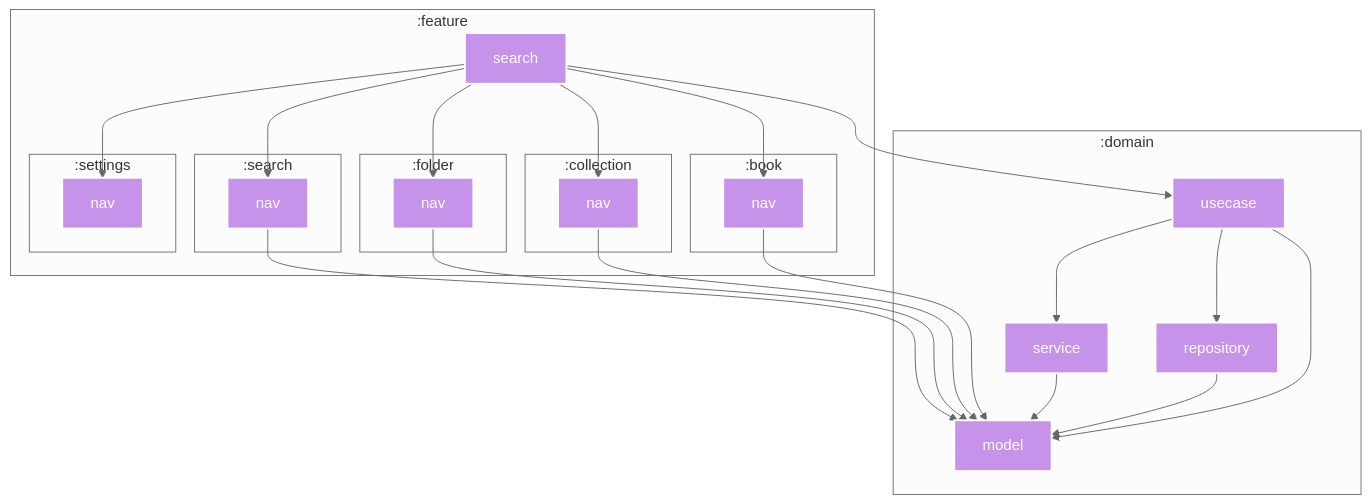
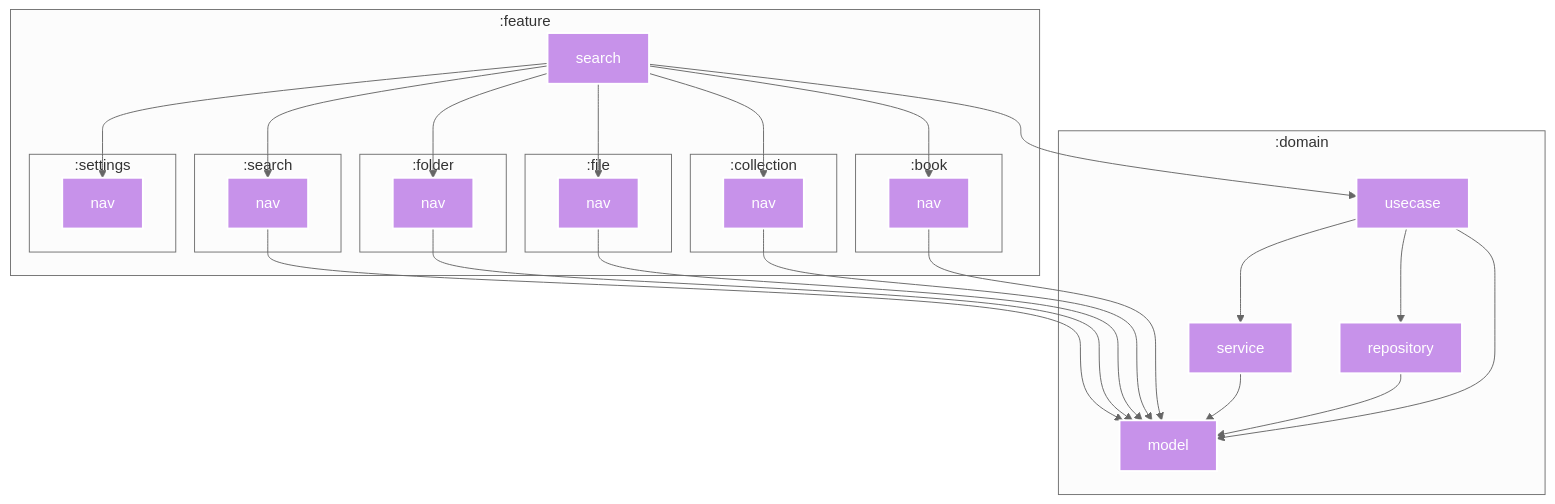
The diagram in feature/search/README.md (SorrowBlue/ComicViewer), drawn with Mermaid before and after one commit. The commit also changed 21 other files, not shown here.

First line of the commit message:
refactor: Decouple feature:file implementation from feature:file:nav (#1423)

````diff
--- a/feature/search/README.md
+++ b/feature/search/README.md
@@ -5,70 +5,77 @@
 ```mermaid
 %%{
   init: {
     'theme': 'neutral'
   }
 }%%
 
 graph TB
   subgraph :domain
     :domain:usecase["usecase"]
     :domain:model["model"]
     :domain:repository["repository"]
     :domain:service["service"]
     :domain:service["service"]
     :domain:model["model"]
     :domain:repository["repository"]
     :domain:usecase["usecase"]
   end
   subgraph :feature
     :feature:search["search"]
+    subgraph :file
+      :feature:file:nav["nav"]
+      :feature:file:nav["nav"]
+    end
     subgraph :folder
       :feature:folder:nav["nav"]
       :feature:folder:nav["nav"]
     end
     subgraph :book
       :feature:book:nav["nav"]
       :feature:book:nav["nav"]
     end
     subgraph :collection
       :feature:collection:nav["nav"]
       :feature:collection:nav["nav"]
     end
     subgraph :search
       :feature:search:nav["nav"]
       :feature:search:nav["nav"]
     end
     subgraph :settings
       :feature:settings:nav["nav"]
     end
   end
 
   :domain:usecase --> :domain:model
   :domain:usecase --> :domain:repository
   :domain:usecase --> :domain:service
   :domain:service --> :domain:model
+  :feature:file:nav --> :domain:model
   :feature:folder:nav --> :domain:model
   :feature:book:nav --> :domain:model
   :feature:collection:nav --> :domain:model
   :domain:repository --> :domain:model
   :feature:search:nav --> :domain:model
   :feature:search --> :domain:usecase
   :feature:search --> :feature:book:nav
   :feature:search --> :feature:collection:nav
+  :feature:search --> :feature:file:nav
   :feature:search --> :feature:folder:nav
   :feature:search --> :feature:search:nav
   :feature:search --> :feature:settings:nav
 
 classDef kotlin-multiplatform fill:#C792EA,stroke:#fff,stroke-width:2px,color:#fff;
 class :domain:usecase kotlin-multiplatform
 class :domain:model kotlin-multiplatform
 class :domain:repository kotlin-multiplatform
 class :domain:service kotlin-multiplatform
+class :feature:file:nav kotlin-multiplatform
 class :feature:folder:nav kotlin-multiplatform
 class :feature:book:nav kotlin-multiplatform
 class :feature:collection:nav kotlin-multiplatform
 class :feature:search:nav kotlin-multiplatform
 class :feature:search kotlin-multiplatform
 class :feature:settings:nav kotlin-multiplatform
 
 ```
````
